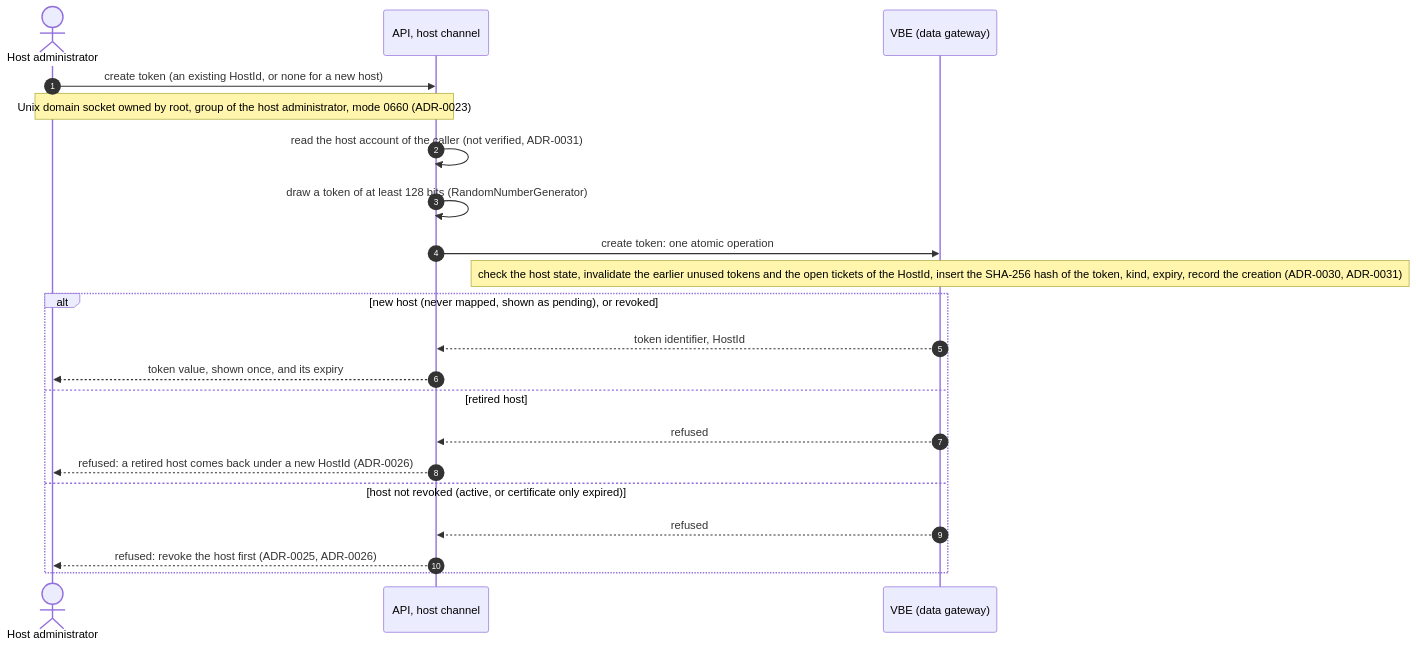
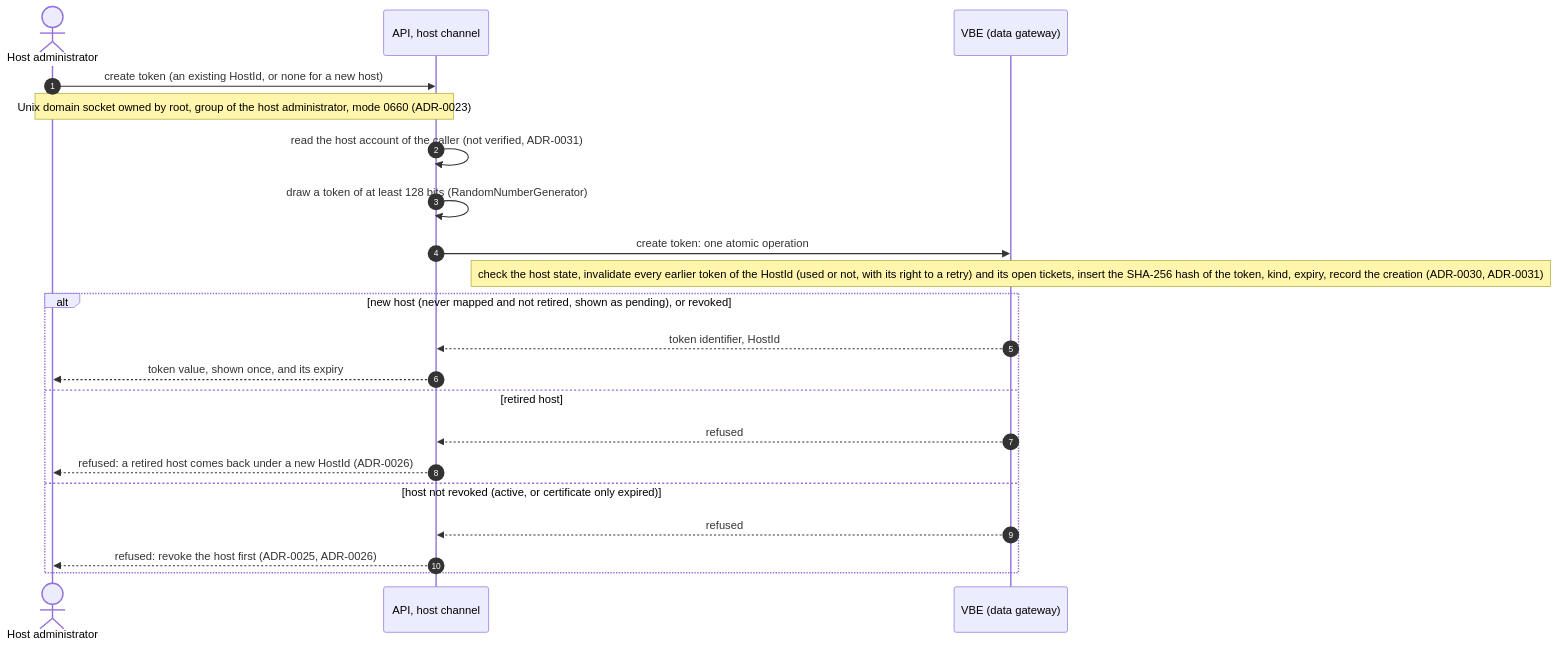
Before and after one commit to micdef/Dashboard: the first of 4 diagrams in doc/analyse/uml/v0.1/identity.md, drawn with Mermaid. The commit also changed other lines of this file, not shown here.

First line of the commit message:
docs: align the identity sequences with adr-0028 to adr-0032

````diff
--- a/doc/analyse/uml/v0.1/identity.md
+++ b/doc/analyse/uml/v0.1/identity.md
@@ -33,24 +33,24 @@
 ```mermaid
 sequenceDiagram
     autonumber
     actor HostAdmin as Host administrator
     participant Host as API, host channel
     participant VBE as VBE (data gateway)
 
     HostAdmin->>Host: create token (an existing HostId, or none for a new host)
     Note over HostAdmin,Host: Unix domain socket owned by root, group of the host administrator, mode 0660 (ADR-0023)
     Host->>Host: read the host account of the caller (not verified, ADR-0031)
     Host->>Host: draw a token of at least 128 bits (RandomNumberGenerator)
     Host->>VBE: create token: one atomic operation
-    Note over VBE: check the host state, invalidate the earlier unused tokens and the open tickets of the HostId, insert the SHA-256 hash of the token, kind, expiry, record the creation (ADR-0030, ADR-0031)
-    alt new host (never mapped, shown as pending), or revoked
+    Note over VBE: check the host state, invalidate every earlier token of the HostId (used or not, with its right to a retry) and its open tickets, insert the SHA-256 hash of the token, kind, expiry, record the creation (ADR-0030, ADR-0031)
+    alt new host (never mapped and not retired, shown as pending), or revoked
         VBE-->>Host: token identifier, HostId
         Host-->>HostAdmin: token value, shown once, and its expiry
     else retired host
         VBE-->>Host: refused
         Host-->>HostAdmin: refused: a retired host comes back under a new HostId (ADR-0026)
     else host not revoked (active, or certificate only expired)
         VBE-->>Host: refused
         Host-->>HostAdmin: refused: revoke the host first (ADR-0025, ADR-0026)
     end
 ```
````
